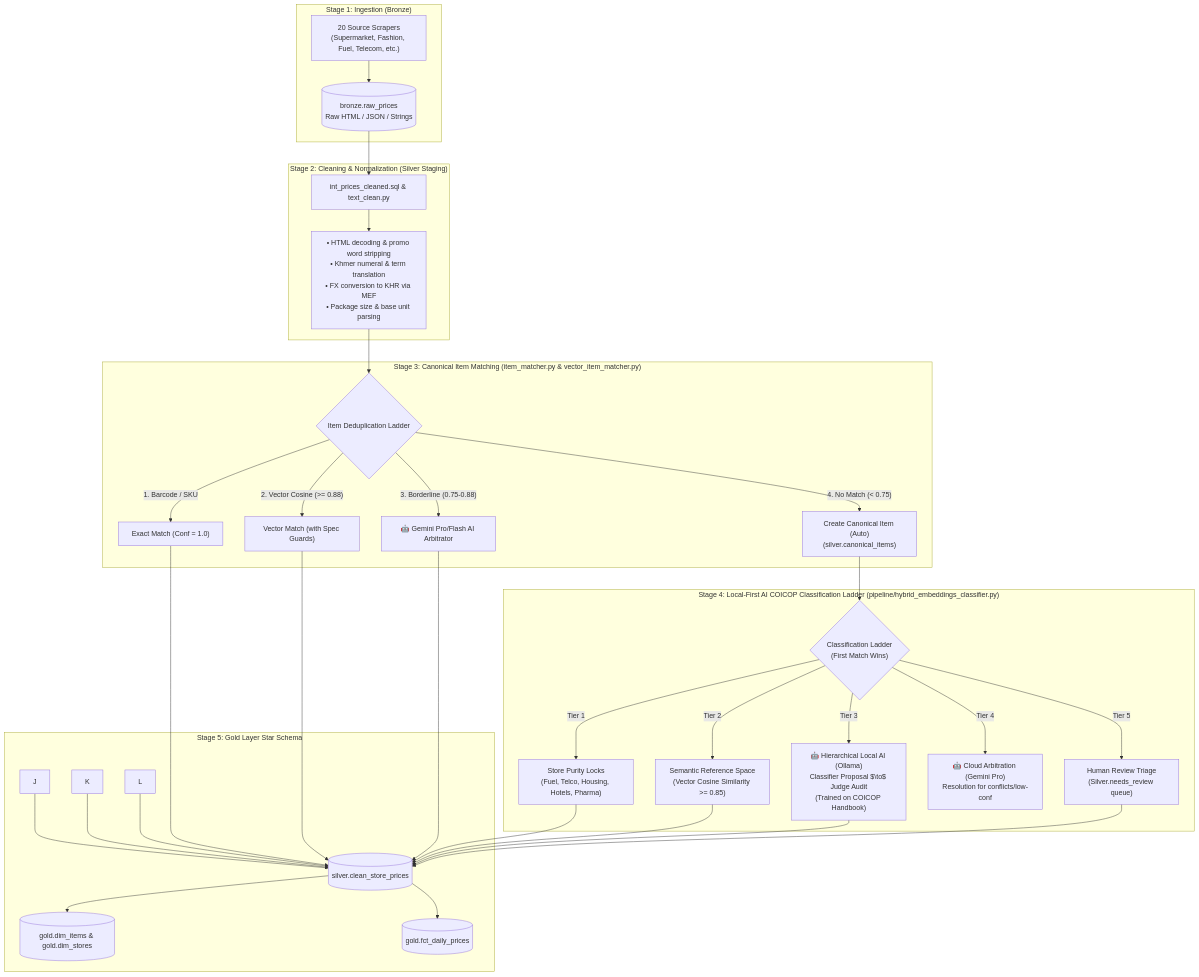
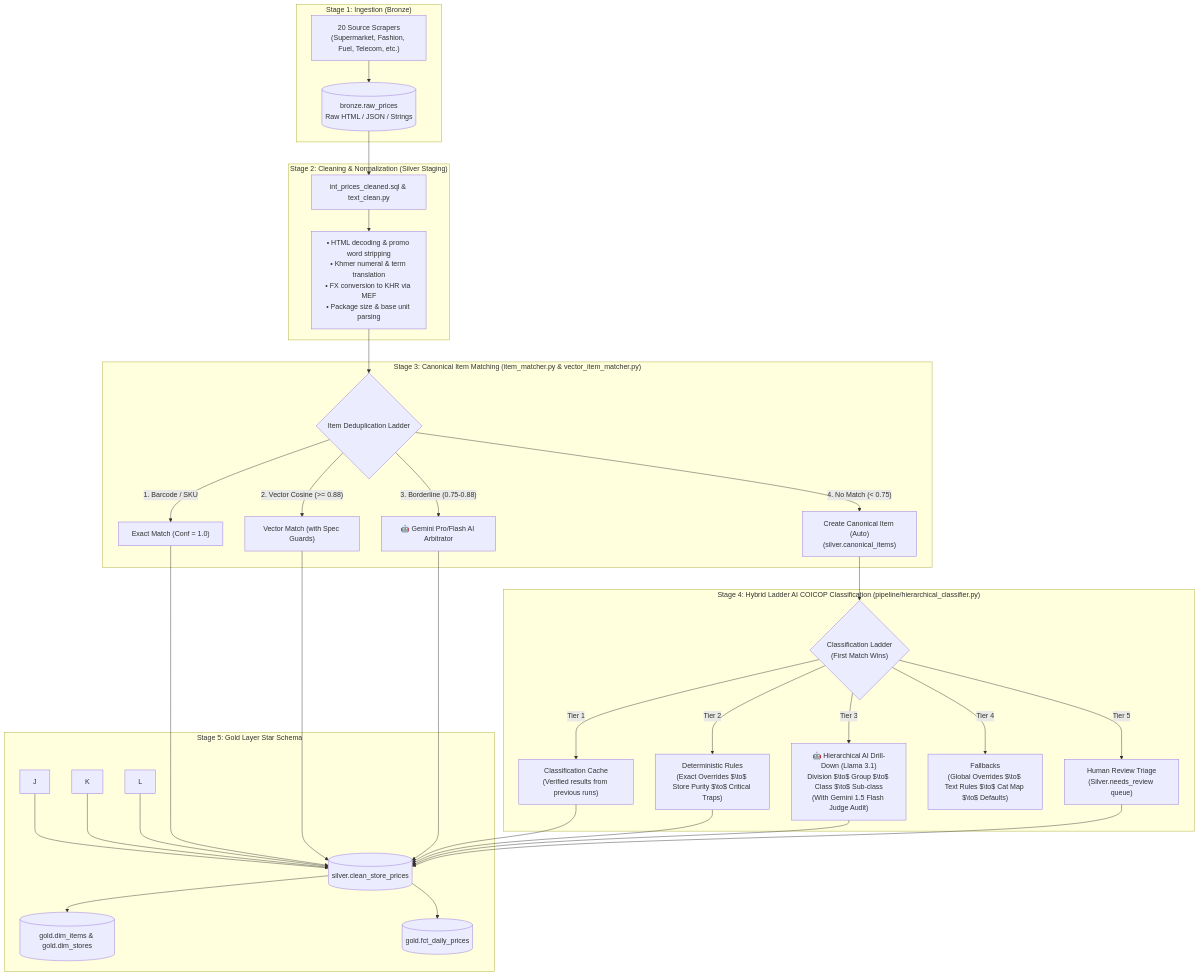
One commit to Korngmeng-Taing/Cambodia-cpi-pipeline changed the diagram in docs/PRODUCT_CLASSIFICATION_WORKFLOW.md. Above: the diagram before and after it, drawn with Mermaid. The commit also changed other lines of this file and 39 other files, not shown here.

First line of the commit message:
feat(classification): align silver dag and pipeline with Hybrid Ladder methodology

````diff
--- a/docs/PRODUCT_CLASSIFICATION_WORKFLOW.md
+++ b/docs/PRODUCT_CLASSIFICATION_WORKFLOW.md
@@ -14,35 +14,35 @@
 ```mermaid
 flowchart TD
     subgraph S1["Stage 1: Ingestion (Bronze)"]
         A["20 Source Scrapers\n(Supermarket, Fashion, Fuel, Telecom, etc.)"] --> B[("bronze.raw_prices\nRaw HTML / JSON / Strings")]
     end
 
     subgraph S2["Stage 2: Cleaning & Normalization (Silver Staging)"]
         B --> C["int_prices_cleaned.sql & text_clean.py"]
         C --> C1["• HTML decoding & promo word stripping\n• Khmer numeral & term translation\n• FX conversion to KHR via MEF\n• Package size & base unit parsing"]
     end
 
     subgraph S3["Stage 3: Canonical Item Matching (item_matcher.py & vector_item_matcher.py)"]
         C1 --> D{"Item Deduplication Ladder"}
         D -- "1. Barcode / SKU" --> E["Exact Match (Conf = 1.0)"]
         D -- "2. Vector Cosine (>= 0.88)" --> F["Vector Match (with Spec Guards)"]
         D -- "3. Borderline (0.75-0.88)" --> F1["🤖 Gemini Pro/Flash AI Arbitrator"]
         D -- "4. No Match (< 0.75)" --> G["Create Canonical Item (Auto)\n(silver.canonical_items)"]
     end
 
-    subgraph S4["Stage 4: Local-First AI COICOP Classification Ladder (pipeline/hybrid_embeddings_classifier.py)"]
+    subgraph S4["Stage 4: Hybrid Ladder AI COICOP Classification (pipeline/hierarchical_classifier.py)"]
         G --> H{"Classification Ladder\n(First Match Wins)"}
-        H -- "Tier 1" --> I["Store Purity Locks\n(Fuel, Telco, Housing, Hotels, Pharma)"]
-        H -- "Tier 2" --> I2["Semantic Reference Space\n(Vector Cosine Similarity >= 0.85)"]
-        H -- "Tier 3" --> M["🤖 Hierarchical Local AI (Ollama)\nClassifier Proposal $\to$ Judge Audit\n(Trained on COICOP Handbook)"]
-        H -- "Tier 4" --> M1["🤖 Cloud Arbitration (Gemini Pro)\nResolution for conflicts/low-conf"]
+        H -- "Tier 1" --> I["Classification Cache\n(Verified results from previous runs)"]
+        H -- "Tier 2" --> I2["Deterministic Rules\n(Exact Overrides $\to$ Store Purity $\to$ Critical Traps)"]
+        H -- "Tier 3" --> M["🤖 Hierarchical AI Drill-Down (Llama 3.1)\nDivision $\to$ Group $\to$ Class $\to$ Sub-class\n(With Gemini 1.5 Flash Judge Audit)"]
+        H -- "Tier 4" --> M1["Fallbacks\n(Global Overrides $\to$ Text Rules $\to$ Cat Map $\to$ Defaults)"]
         H -- "Tier 5" --> N["Human Review Triage\n(Silver.needs_review queue)"]
     end
 
 
     subgraph S7["Stage 5: Gold Layer Star Schema"]
         E & F & F1 & I & I2 & M & J & K & L & N --> T[("silver.clean_store_prices")]
         T --> U[("gold.dim_items & gold.dim_stores")]
         T --> V[("gold.fct_daily_prices")]
     end
 ```
````
